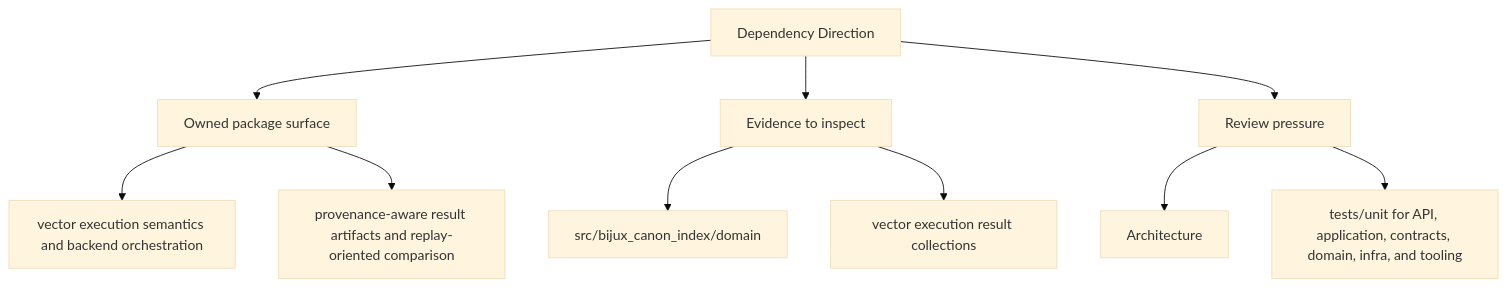
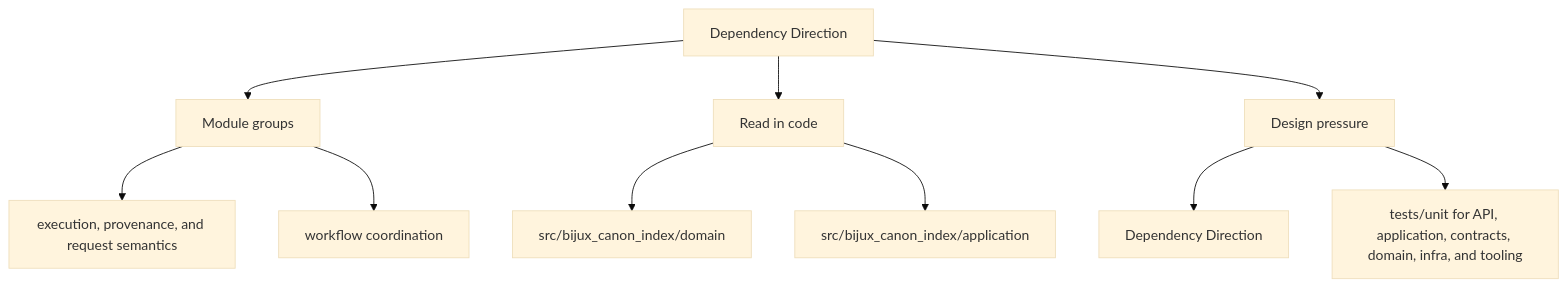
Before and after one commit to bijux/bijux-canon: the second of 2 diagrams in docs/bijux-canon-index/architecture/dependency-direction.md, drawn with Mermaid (base theme). The commit also changed other lines of this file and 250 other files, not shown here.

Commit message:
docs(diagrams): make product page maps more readable

````diff
--- a/docs/bijux-canon-index/architecture/dependency-direction.md
+++ b/docs/bijux-canon-index/architecture/dependency-direction.md
@@ -35,22 +35,22 @@
 ```mermaid
 flowchart TD
     page["Dependency Direction"]
-    focus1["Owned package surface"]
+    focus1["Module groups"]
     page --> focus1
-    focus1_1["vector execution semantics and backend orchestration"]
+    focus1_1["execution, provenance, and request semantics"]
     focus1 --> focus1_1
-    focus1_2["provenance-aware result artifacts and replay-oriented comparison"]
+    focus1_2["workflow coordination"]
     focus1 --> focus1_2
-    focus2["Evidence to inspect"]
+    focus2["Read in code"]
     page --> focus2
     focus2_1["src/bijux_canon_index/domain"]
     focus2 --> focus2_1
-    focus2_2["vector execution result collections"]
+    focus2_2["src/bijux_canon_index/application"]
     focus2 --> focus2_2
-    focus3["Review pressure"]
+    focus3["Design pressure"]
     page --> focus3
-    focus3_1["Architecture"]
+    focus3_1["Dependency Direction"]
     focus3 --> focus3_1
     focus3_2["tests/unit for API, application, contracts, domain, infra, and tooling"]
     focus3 --> focus3_2
 ```
````
